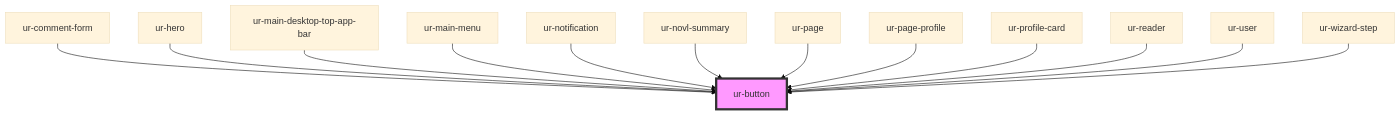
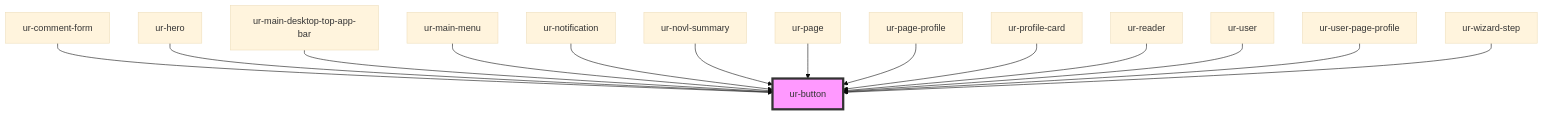
Before and after one commit to hellish/urnovl-web-components: the diagram in src/components/ur-button/readme.md, drawn with Mermaid (base theme). The commit also changed other lines of this file and 15 other files, not shown here.

Commit message:
Fix user profile fix page profile

````diff
--- a/src/components/ur-button/readme.md
+++ b/src/components/ur-button/readme.md
@@ -41,16 +42,17 @@
 ```mermaid
 graph TD;
   ur-comment-form --> ur-button
   ur-hero --> ur-button
   ur-main-desktop-top-app-bar --> ur-button
   ur-main-menu --> ur-button
   ur-notification --> ur-button
   ur-novl-summary --> ur-button
   ur-page --> ur-button
   ur-page-profile --> ur-button
   ur-profile-card --> ur-button
   ur-reader --> ur-button
   ur-user --> ur-button
+  ur-user-page-profile --> ur-button
   ur-wizard-step --> ur-button
   style ur-button fill:#f9f,stroke:#333,stroke-width:4px
 ```
````
